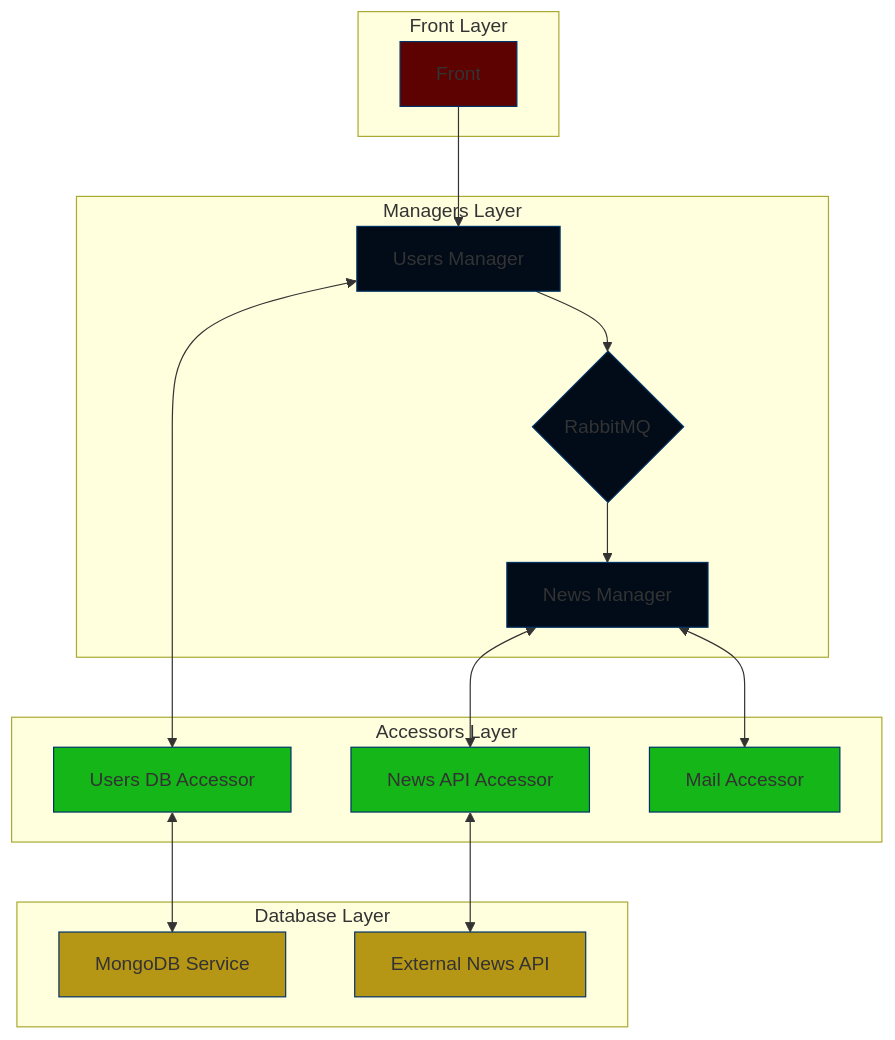
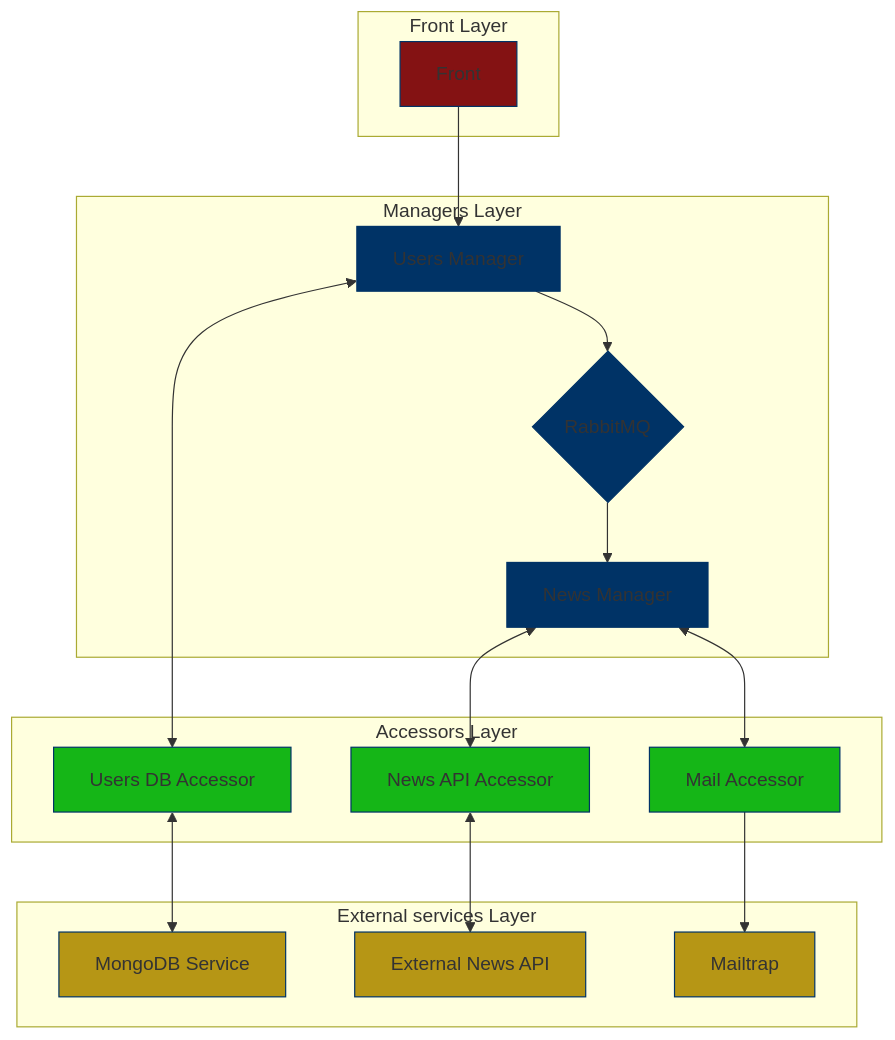
One commit to Daniel959595/Personalized-News-Update-Aggregator changed the diagram in README.md. Above: the diagram before and after it, drawn with Mermaid. The commit also changed other lines of this file and 9 other files, not shown here.

````diff
--- a/README.md
+++ b/README.md
@@ -45,45 +47,47 @@
 ```mermaid
+%%{init: {'themeVariables': {'background': '#003366'}}}%%
 flowchart TD
     subgraph "Front Layer"
         A[Front]
     end
 
     subgraph "Managers Layer"
         B[Users Manager]
         C{RabbitMQ}
         E[News Manager]
     end
-    
+
     subgraph "Accessors Layer"
         D[Users DB Accessor]
         F[News API Accessor]
         G[Mail Accessor]
     end
-    
-    subgraph "Database Layer"
+
+    subgraph "External services Layer"
         I[MongoDB Service]
         H[External News API]
+        J[Mailtrap]
     end
 
     %% Style for entire chart background
-    classDef blue fill:#020b18,stroke:#003366;
-    classDef red fill:#5d0101,stroke:#003366;
+    classDef blue fill:#003366,stroke:#003366;
+    classDef red fill:#841213,stroke:#003366;
     classDef green fill:#15b617,stroke:#003366;
     classDef yellow fill:#b69615,stroke:#003366;
     class A red;
     class B,C,E blue;
     class D,F,G green;
-    class I,H yellow;
+    class I,H,J yellow;
 
     %% Connections
     A --> B
     B <--> D
     D <--> I
-
     B --> C
     C --> E
-
     E <--> F
     E <--> G
     F <--> H
+    G --> J
+
 ```
````
